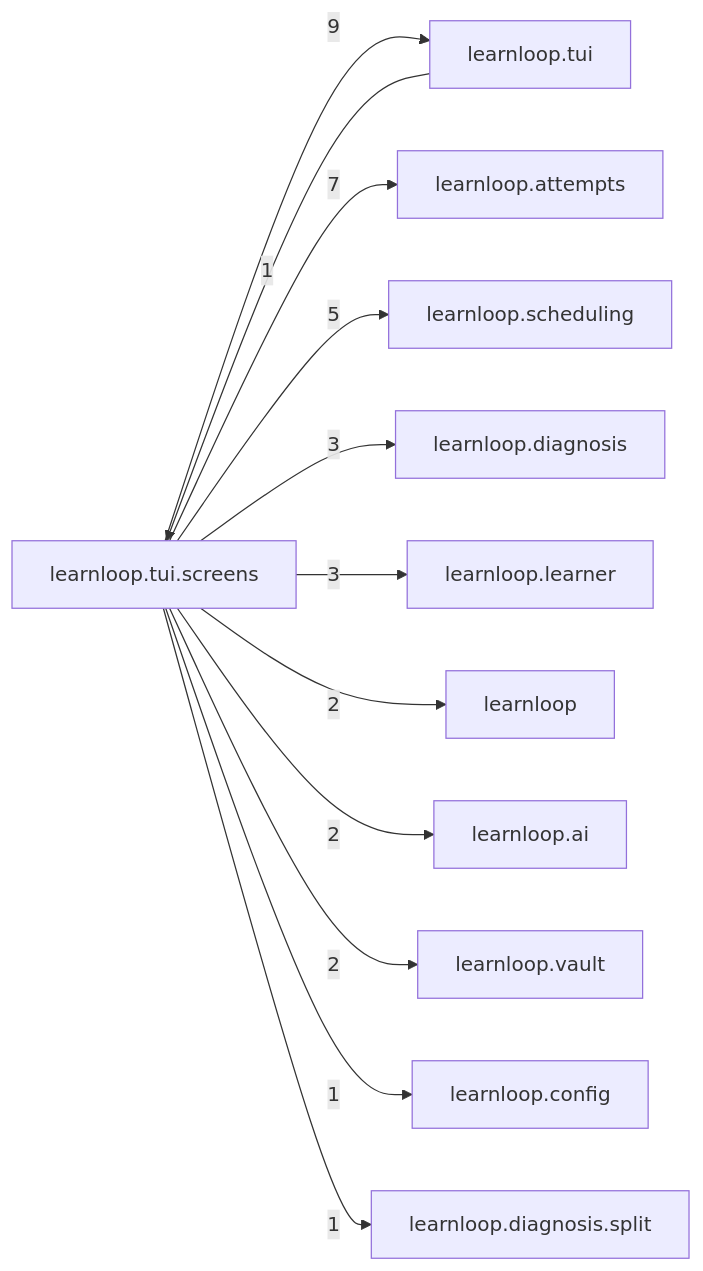
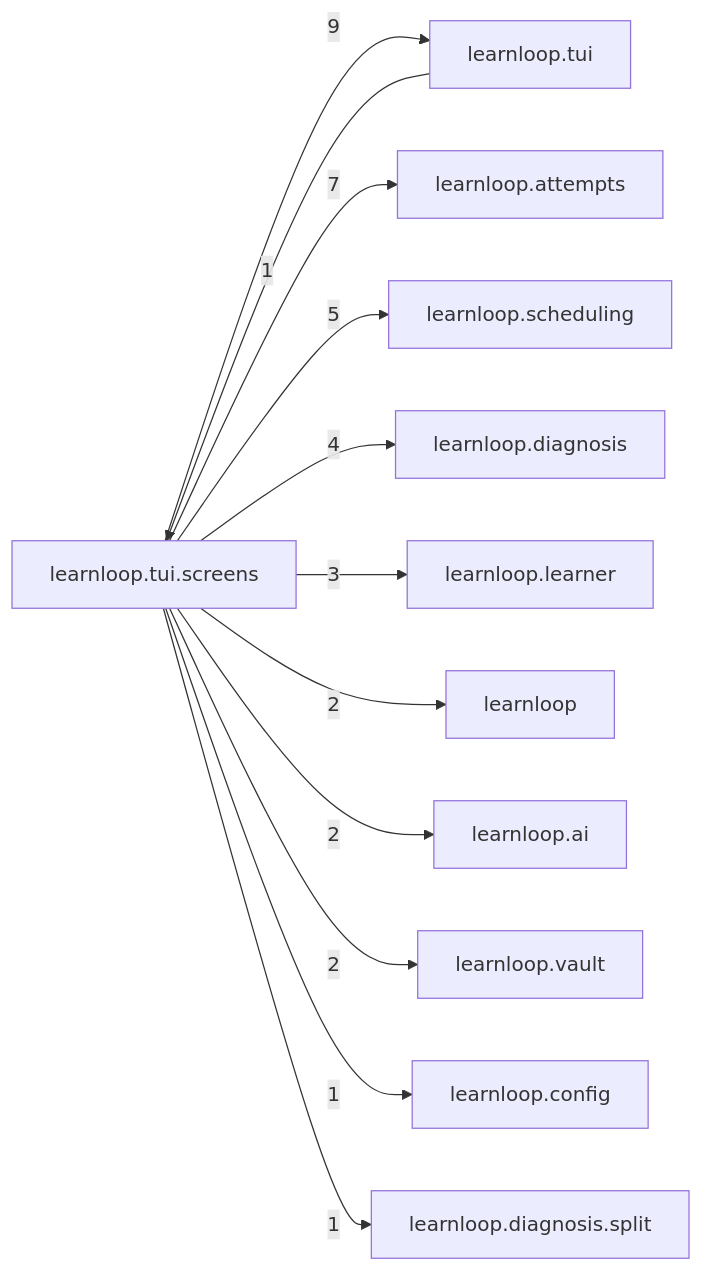
Before and after one commit to 6up-b/learnanything: the diagram in docs/learnloop-architecture-vault/Reference/Modules/learnloop/tui/screens/_package.md, drawn with Mermaid. The commit also changed other lines of this file and 63 other files, not shown here.

````diff
--- a/docs/learnloop-architecture-vault/Reference/Modules/learnloop/tui/screens/_package.md
+++ b/docs/learnloop-architecture-vault/Reference/Modules/learnloop/tui/screens/_package.md
@@ -80,25 +80,25 @@
 ```mermaid
 flowchart LR
     center["learnloop.tui.screens"]
     n_learnloop_tui["learnloop.tui"]
     n_learnloop_attempts["learnloop.attempts"]
     n_learnloop_scheduling["learnloop.scheduling"]
     n_learnloop_diagnosis["learnloop.diagnosis"]
     n_learnloop_learner["learnloop.learner"]
     n_learnloop["learnloop"]
     n_learnloop_ai["learnloop.ai"]
     n_learnloop_vault["learnloop.vault"]
     n_learnloop_config["learnloop.config"]
     n_learnloop_diagnosis_split["learnloop.diagnosis.split"]
     n_learnloop_tui -->|1| center
     center -->|9| n_learnloop_tui
     center -->|7| n_learnloop_attempts
     center -->|5| n_learnloop_scheduling
-    center -->|3| n_learnloop_diagnosis
+    center -->|4| n_learnloop_diagnosis
     center -->|3| n_learnloop_learner
     center -->|2| n_learnloop
     center -->|2| n_learnloop_ai
     center -->|2| n_learnloop_vault
     center -->|1| n_learnloop_config
     center -->|1| n_learnloop_diagnosis_split
 ```
````
